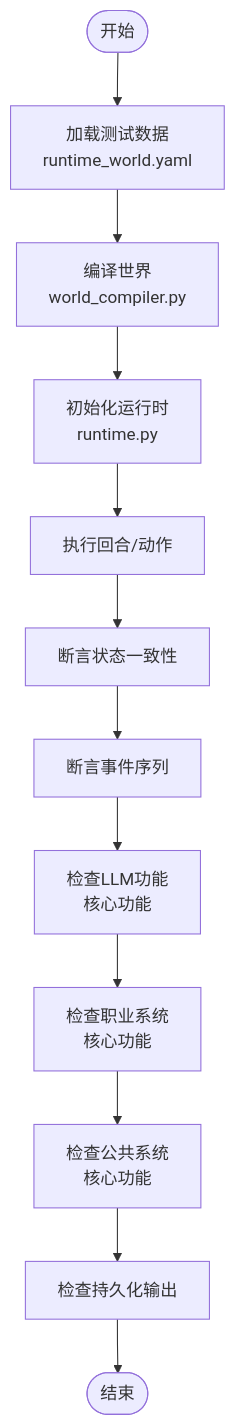
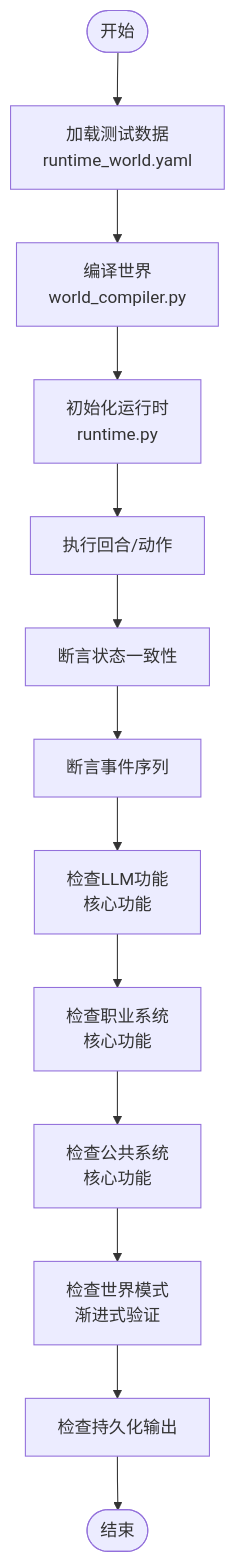
Before and after one commit to Ivandanslespace/thegreatnovel: the third of 4 diagrams in .qoder/repowiki/zh/content/测试指南.md, drawn with Mermaid. The commit also changed other lines of this file and 55 other files, not shown here.

````diff
--- a/.qoder/repowiki/zh/content/测试指南.md
+++ b/.qoder/repowiki/zh/content/测试指南.md
@@ -278,14 +334,15 @@
 ```mermaid
 flowchart TD
 Start(["开始"]) --> LoadFixture["加载测试数据<br/>runtime_world.yaml"]
 LoadFixture --> CompileWorld["编译世界<br/>world_compiler.py"]
 CompileWorld --> InitRuntime["初始化运行时<br/>runtime.py"]
 InitRuntime --> ExecuteTurns["执行回合/动作"]
 ExecuteTurns --> CheckState["断言状态一致性"]
 CheckState --> CheckEvents["断言事件序列"]
 CheckEvents --> CheckLLM["检查LLM功能<br/>核心功能"]
 CheckLLM --> CheckProfessions["检查职业系统<br/>核心功能"]
 CheckProfessions --> CheckPublicSystem["检查公共系统<br/>核心功能"]
-CheckPublicSystem --> PersistCheck["检查持久化输出"]
+CheckPublicSystem --> CheckWorldMode["检查世界模式<br/>渐进式验证"]
+CheckWorldMode --> PersistCheck["检查持久化输出"]
 PersistCheck --> End(["结束"])
 ```
````
